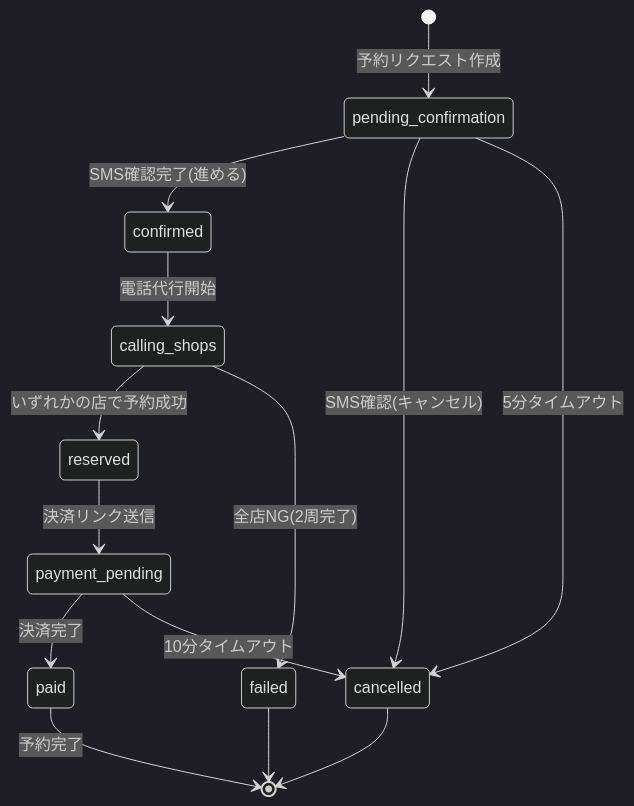
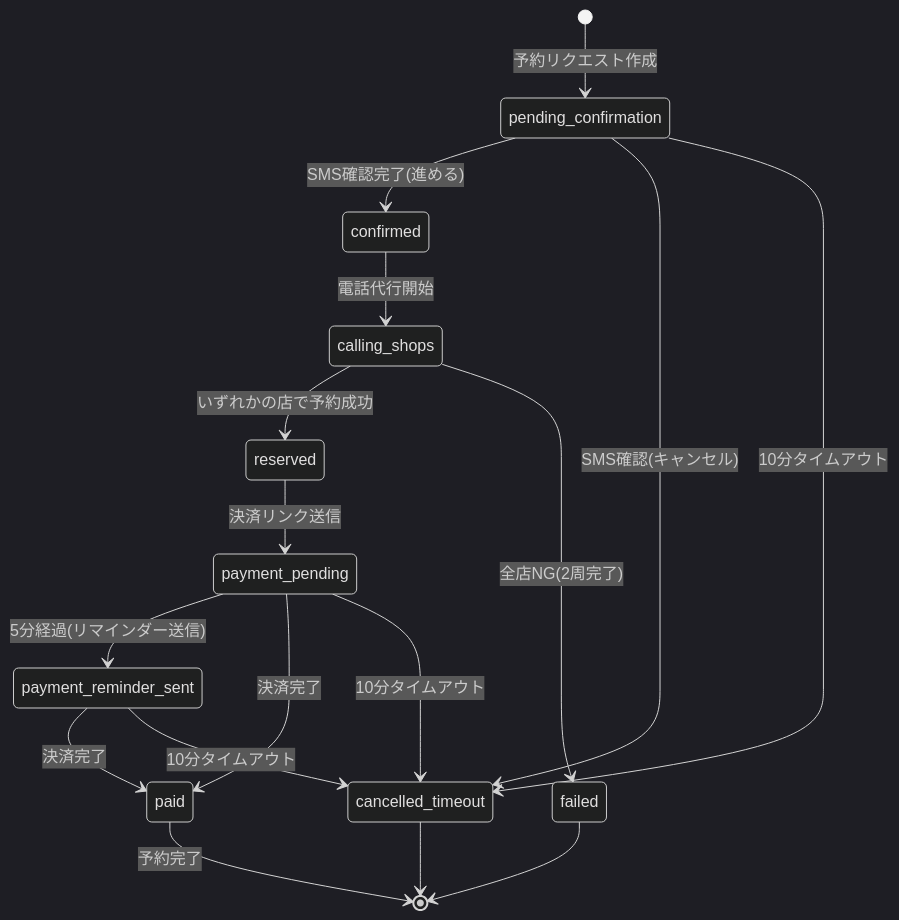
Before and after one commit to kshimono/mcp_phone: the seventh of 9 diagrams in requiremet/業務フロー図.md, drawn with Mermaid (dark theme). The commit also changed other lines of this file and 2 other files, not shown here.

````diff
--- a/requiremet/業務フロー図.md
+++ b/requiremet/業務フロー図.md
@@ -321,22 +333,25 @@
 ```mermaid
 stateDiagram-v2
     [*] --> pending_confirmation: 予約リクエスト作成
 
     pending_confirmation --> confirmed: SMS確認完了(進める)
-    pending_confirmation --> cancelled: SMS確認(キャンセル)
-    pending_confirmation --> cancelled: 5分タイムアウト
+    pending_confirmation --> cancelled_timeout: SMS確認(キャンセル)
+    pending_confirmation --> cancelled_timeout: 10分タイムアウト
 
     confirmed --> calling_shops: 電話代行開始
 
     calling_shops --> reserved: いずれかの店で予約成功
     calling_shops --> failed: 全店NG(2周完了)
 
     reserved --> payment_pending: 決済リンク送信
 
+    payment_pending --> payment_reminder_sent: 5分経過(リマインダー送信)
+    payment_reminder_sent --> paid: 決済完了
     payment_pending --> paid: 決済完了
-    payment_pending --> cancelled: 10分タイムアウト
+    payment_pending --> cancelled_timeout: 10分タイムアウト
+    payment_reminder_sent --> cancelled_timeout: 10分タイムアウト
 
     paid --> [*]: 予約完了
-    cancelled --> [*]
+    cancelled_timeout --> [*]
     failed --> [*]
 ```
````
